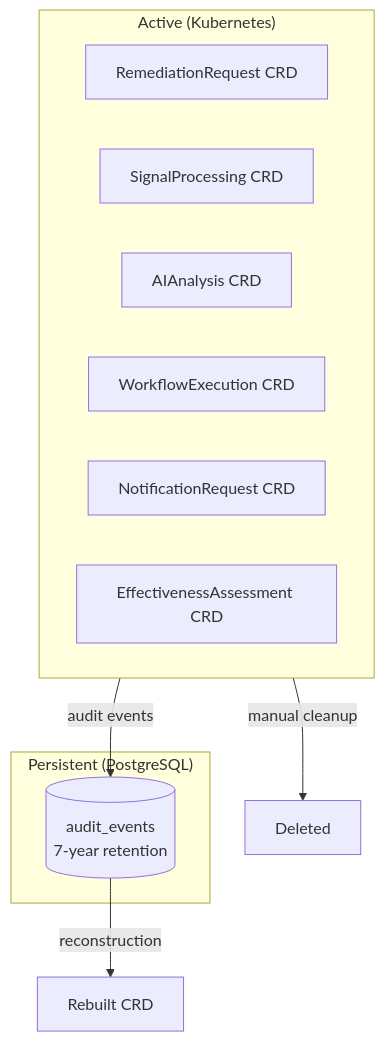
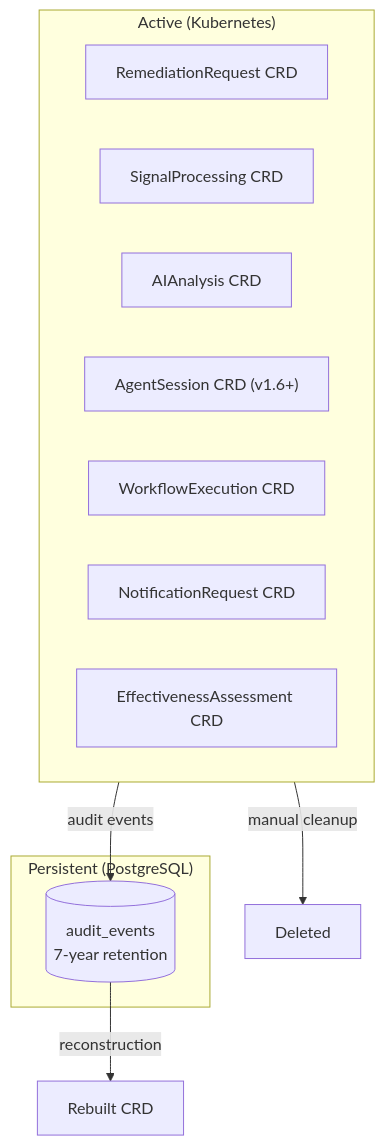
The diagram in docs/user-guide/data-lifecycle.md (jordigilh/kubernaut-docs), drawn with Mermaid before and after one commit. The commit also changed other lines of this file and 2 other files, not shown here.

Commit message:
docs: fix trust-ladder, data-lifecycle, and approval-policy staleness
- trust-ladder.md: Kubernaut Console was listed as "Planned" but shipped
  in v1.5.1; fix status and cross-link. Correct Suggestions (#115)
  version pin -- it remains open/unscheduled, not "planned for v1.5".
- data-lifecycle.md: add the AgentSession CRD (v1.6+) to the active-CRD
  diagram and note its cascade-delete lifecycle via AIAnalysis ownership
  (no independent retention timer).
- configmap-approval.md: remove the false claim that a reference
  approval.rego ships in the chart at charts/kubernaut/files/defaults/
  (verified: no such file exists anywhere in kubernaut-mirror). Reframe
  as an illustrative starter policy, and add the has_warnings pattern
  (kubernaut#439) as a recommended customization.

All verified directly against kubernaut source and issue tracker state.

````diff
--- a/docs/user-guide/data-lifecycle.md
+++ b/docs/user-guide/data-lifecycle.md
@@ -41,19 +42,20 @@
 ```mermaid
 graph TB
     subgraph Active["Active (Kubernetes)"]
         RR[RemediationRequest CRD]
         SP[SignalProcessing CRD]
         AA[AIAnalysis CRD]
+        AS["AgentSession CRD (v1.6+)"]
         WE[WorkflowExecution CRD]
         NR[NotificationRequest CRD]
         EA[EffectivenessAssessment CRD]
     end
 
     subgraph Persistent["Persistent (PostgreSQL)"]
         AE[(audit_events<br/>7-year retention)]
     end
 
     Active -->|audit events| AE
     Active -->|manual cleanup| DEL[Deleted]
     AE -->|reconstruction| REBUILD[Rebuilt CRD]
 ```
````
